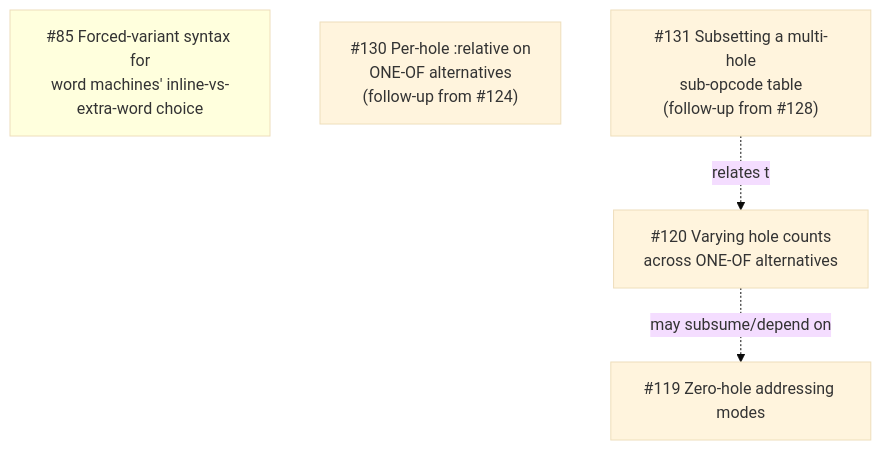
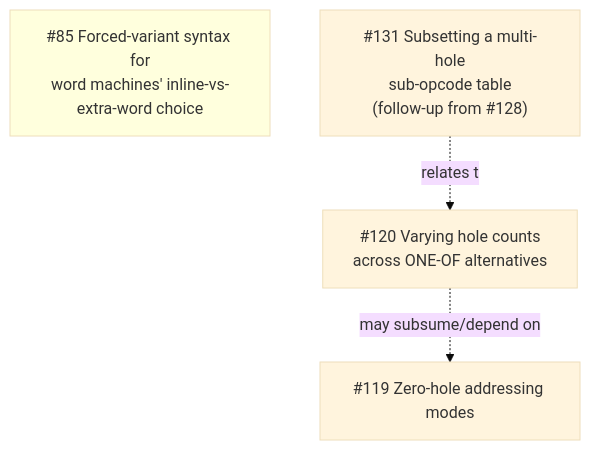
Before and after one commit to takeiteasy/lasm: the diagram in docs/tickets.md, drawn with Mermaid (base theme). The commit also changed other lines of this file and 15 other files, not shown here.

````diff
--- a/docs/tickets.md
+++ b/docs/tickets.md
@@ -20,13 +20,12 @@
 ```mermaid
 graph TD
     T120["#120 Varying hole counts\nacross ONE-OF alternatives"]
     T119["#119 Zero-hole addressing modes"]
     T85["#85 Forced-variant syntax for\nword machines' inline-vs-extra-word choice"]
-    T130["#130 Per-hole :relative on\nONE-OF alternatives\n(follow-up from #124)"]
     T131["#131 Subsetting a multi-hole\nsub-opcode table\n(follow-up from #128)"]
 
     T120 -.may subsume/depend on.-> T119
     T131 -.relates to.-> T120
 
     style T85 fill:#ffd
 ```
````
